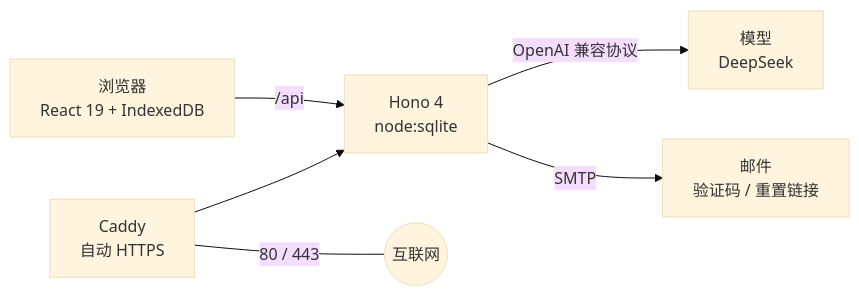
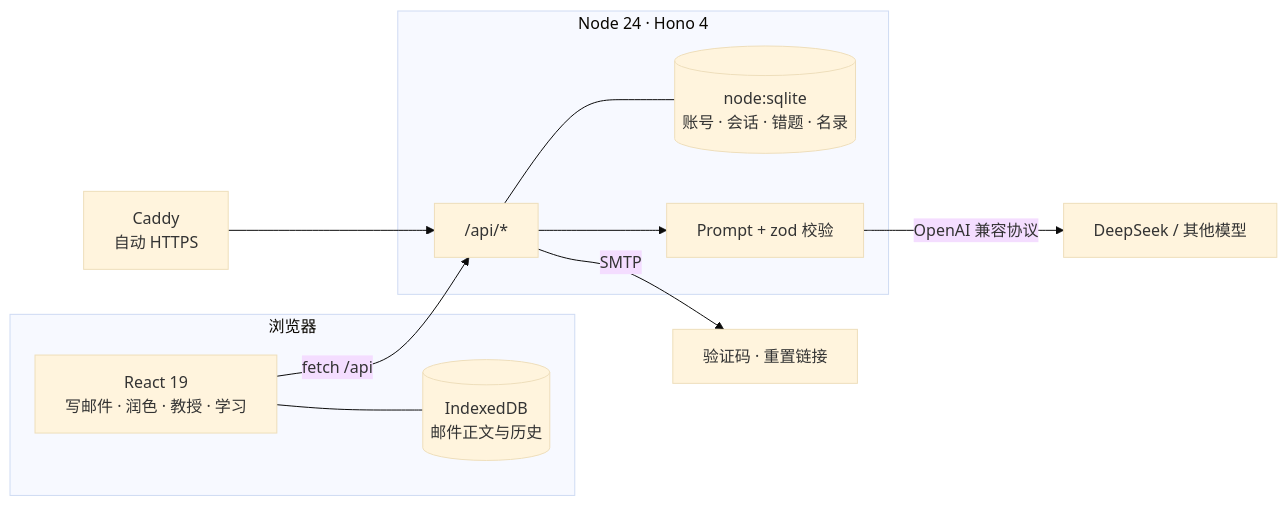
The diagram in README.md (Sherry-Qiuu/RoboEmail), drawn with Mermaid (base theme) before and after one commit. The commit also changed other lines of this file and 12 other files, not shown here.

````diff
--- a/README.md
+++ b/README.md
@@ -126,8 +164,21 @@
 ```mermaid
 flowchart LR
-  B["浏览器<br/>React 19 + IndexedDB"] -->|"/api"| S["Hono 4<br/>node:sqlite"]
-  S -->|"OpenAI 兼容协议"| L["模型<br/>DeepSeek"]
-  S -->|"SMTP"| M["邮件<br/>验证码 / 重置链接"]
-  C["Caddy<br/>自动 HTTPS"] --> S
-  C ---|"80 / 443"| W((互联网))
+  subgraph B["浏览器"]
+    UI["React 19<br/>写邮件 · 润色 · 教授 · 学习"]
+    IDB[("IndexedDB<br/>邮件正文与历史")]
+  end
+
+  subgraph S["Node 24 · Hono 4"]
+    API["/api/*"]
+    DB[("node:sqlite<br/>账号 · 会话 · 错题 · 名录")]
+    P["Prompt + zod 校验"]
+  end
+
+  C["Caddy<br/>自动 HTTPS"] --> API
+  UI -->|"fetch /api"| API
+  UI --- IDB
+  API --- DB
+  API --> P
+  P -->|"OpenAI 兼容协议"| M["DeepSeek / 其他模型"]
+  API -->|"SMTP"| MAIL["验证码 · 重置链接"]
 ```
````
